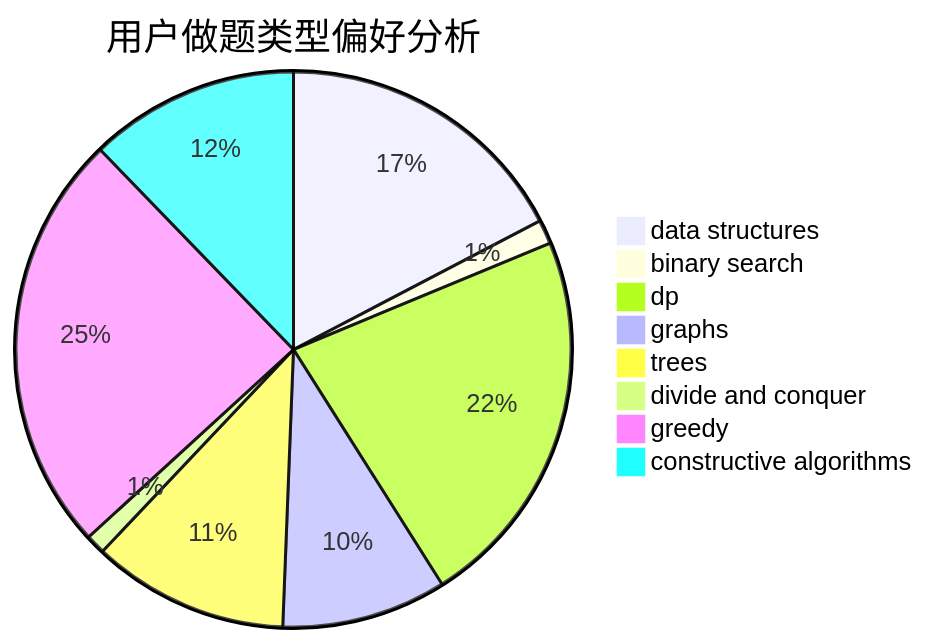
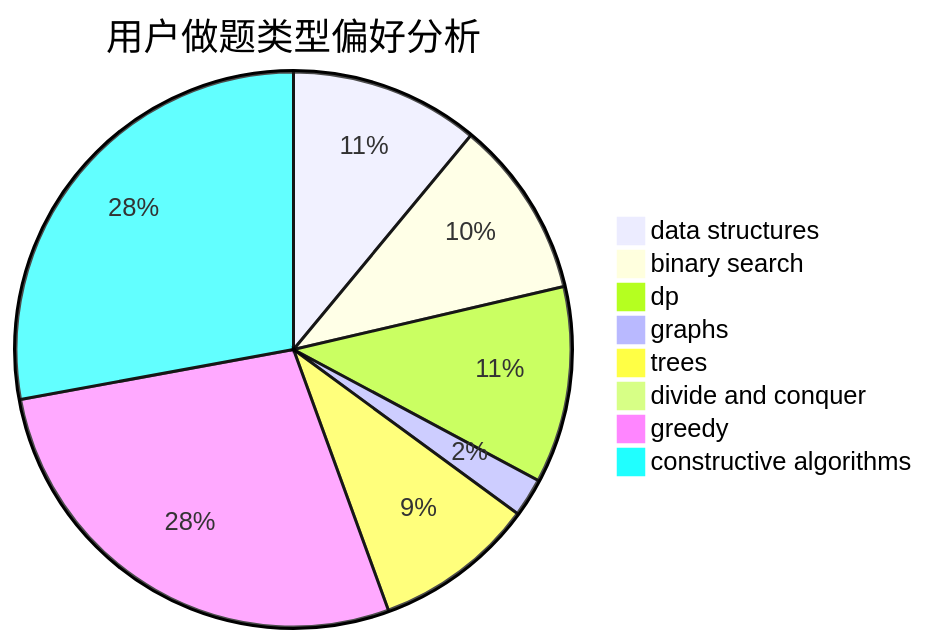
Before and after one commit to sherpahu/cfrs.github.io: the second of 3 diagrams in docs/user/u2107.md, drawn with Mermaid. The commit also changed other lines of this file and 2770 other files, not shown here.

````diff
--- a/docs/user/u2107.md
+++ b/docs/user/u2107.md
@@ -23,11 +23,11 @@
 ```mermaid
 pie title 用户做题类型偏好分析
-    "data structures" :  197
-    "binary search" :  16
-    "dp" :  253
-    "graphs" :  109
-    "trees" :  130
-    "divide and conquer" :  13
-    "greedy" :  279
-    "constructive algorithms" :  139
+    "data structures" :  216
+    "binary search" :  203
+    "dp" :  225
+    "graphs" :  44
+    "trees" :  184
+    "divide and conquer" :  3
+    "greedy" :  543
+    "constructive algorithms" :  547
 ```
````
